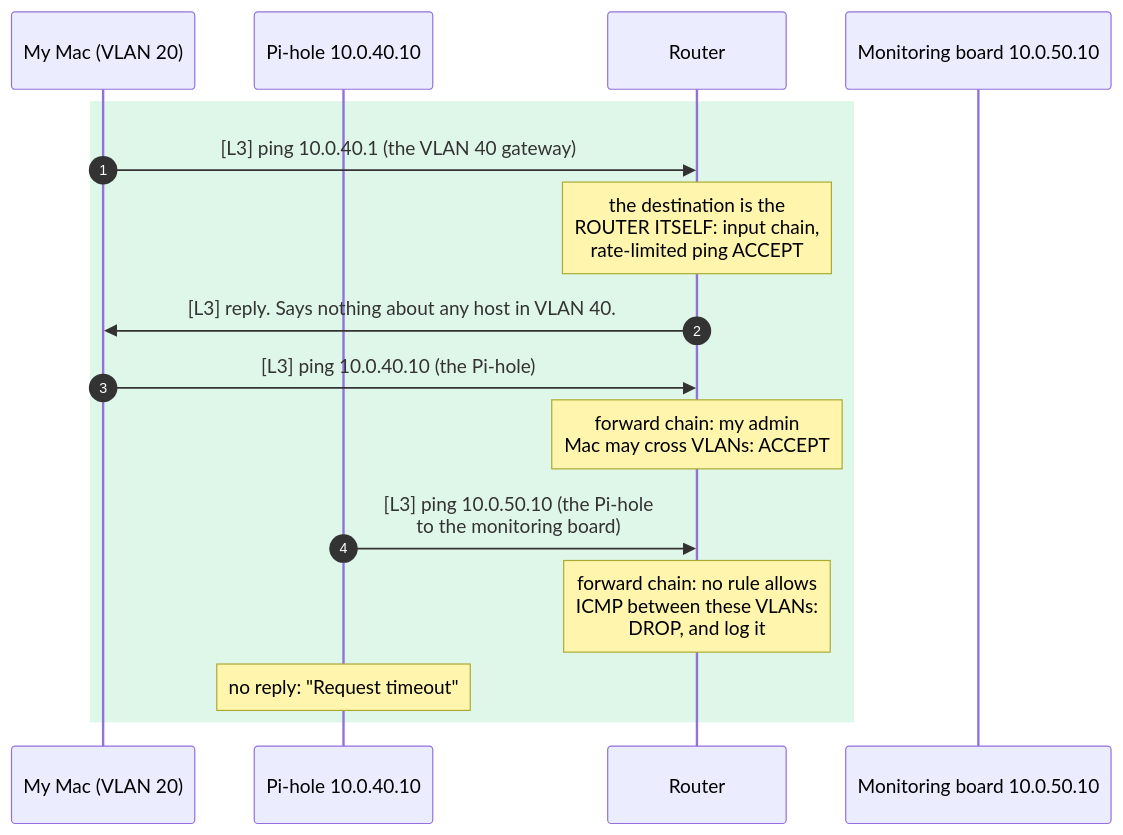
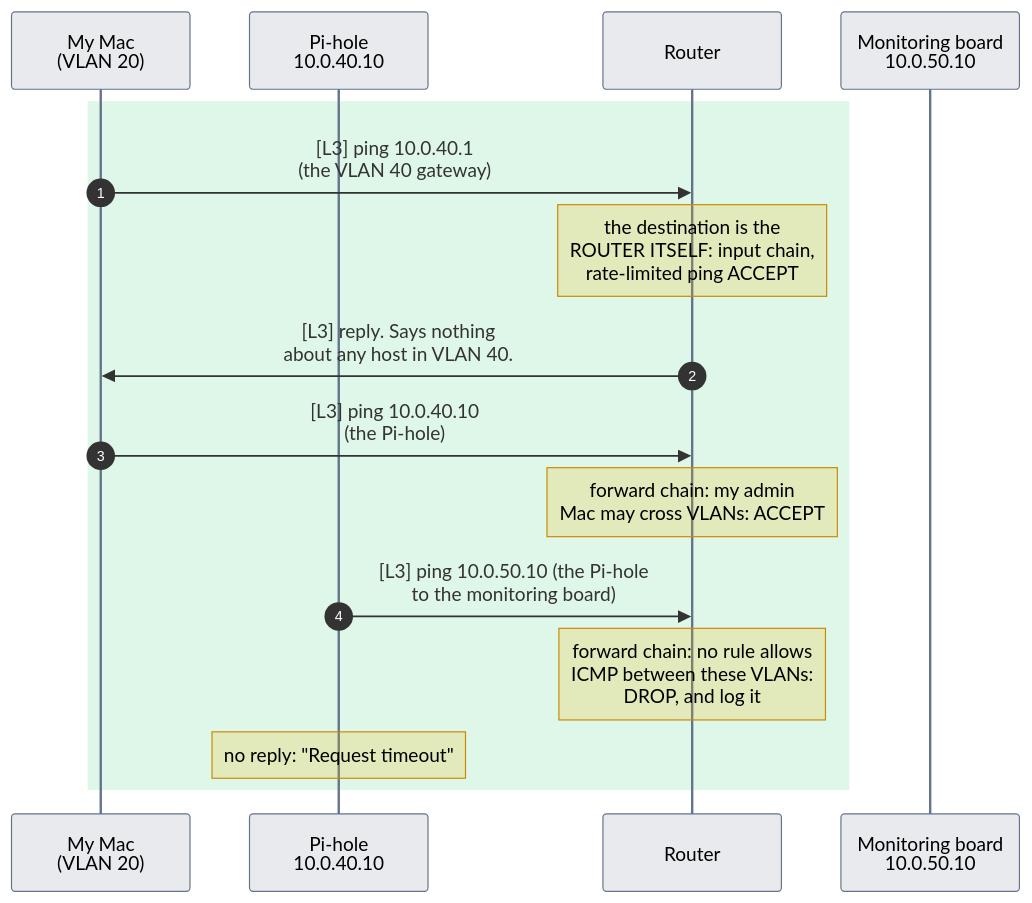
The third of 3 diagrams in content/pages/networking/basics/tcp-ip-protocols.mdx (mithun3/tech-blog), drawn with Mermaid before and after one commit. The commit also changed other lines of this file and 8 other files, not shown here.

Commit message:
mermaid updates.

````diff
--- a/content/pages/networking/basics/tcp-ip-protocols.mdx
+++ b/content/pages/networking/basics/tcp-ip-protocols.mdx
@@ -120,18 +149,34 @@
 ```mermaid
+---
+config:
+  look: classic
+  fontFamily: "system-ui, -apple-system, Segoe UI, Roboto, Helvetica, Arial, sans-serif"
+  themeCSS: "rect.actor, rect.note { rx: 6px; ry: 6px; }"
+  themeVariables:
+    actorBkg: "#64748b26"
+    actorBorder: "#64748b"
+    actorLineColor: "#64748b"
+    noteBkgColor: "#eab30833"
+    noteBorderColor: "#ca8a04"
+    labelBoxBkgColor: "#64748b33"
+    labelBoxBorderColor: "#64748b"
+    activationBkgColor: "#64748b40"
+    activationBorderColor: "#64748b"
+---
 sequenceDiagram
     autonumber
-    participant Mac as My Mac (VLAN 20)
-    participant G as Pi-hole 10.0.40.10
+    participant Mac as My Mac<br/>(VLAN 20)
+    participant G as Pi-hole<br/>10.0.40.10
     participant R as Router
-    participant RP as Monitoring board 10.0.50.10
+    participant RP as Monitoring board<br/>10.0.50.10
     rect rgba(34, 197, 94, 0.14)
-    Mac->>R: [L3] ping 10.0.40.1 (the VLAN 40 gateway)
+    Mac->>R: [L3] ping 10.0.40.1<br/>(the VLAN 40 gateway)
     Note over R: the destination is the<br/>ROUTER ITSELF: input chain,<br/>rate-limited ping ACCEPT
-    R->>Mac: [L3] reply. Says nothing about any host in VLAN 40.
-    Mac->>R: [L3] ping 10.0.40.10 (the Pi-hole)
+    R->>Mac: [L3] reply. Says nothing<br/>about any host in VLAN 40.
+    Mac->>R: [L3] ping 10.0.40.10<br/>(the Pi-hole)
     Note over R: forward chain: my admin<br/>Mac may cross VLANs: ACCEPT
     G->>R: [L3] ping 10.0.50.10 (the Pi-hole<br/>to the monitoring board)
     Note over R: forward chain: no rule allows<br/>ICMP between these VLANs:<br/>DROP, and log it
     Note over G: no reply: "Request timeout"
     end
 ```
````
